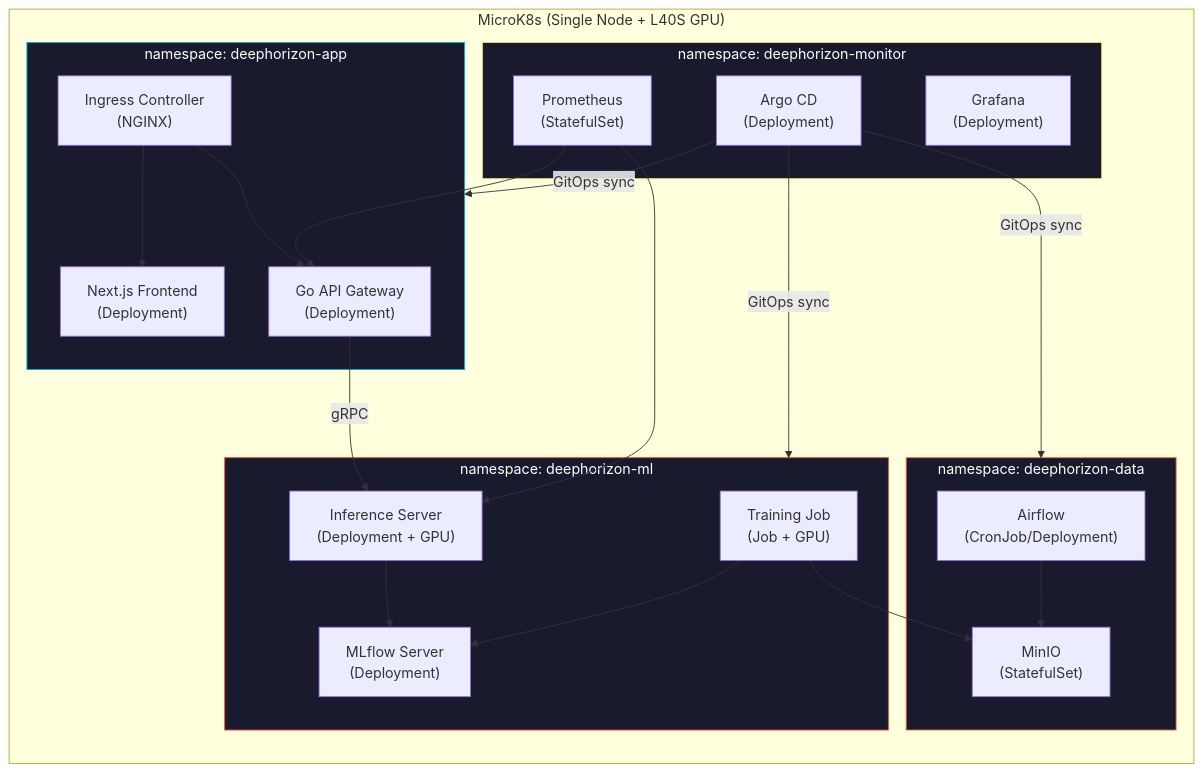
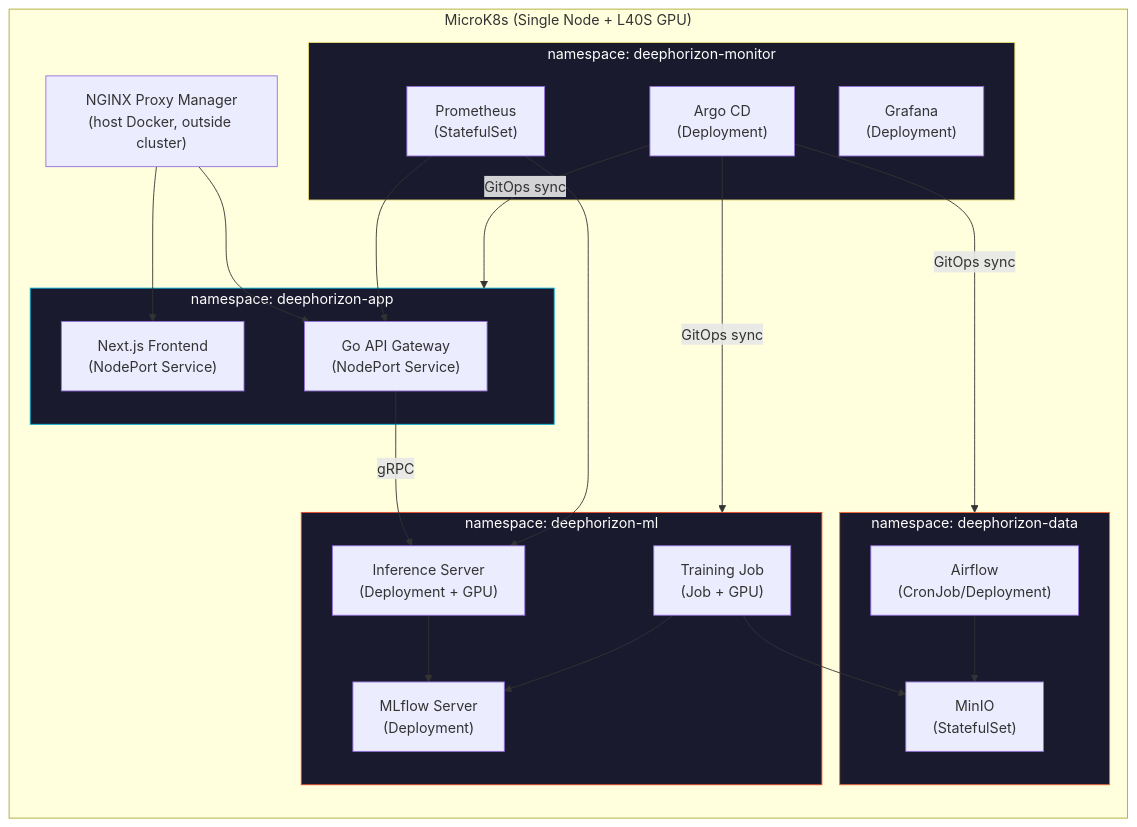
Before and after one commit to Octapull/deephorizon: the third of 3 diagrams in README.md, drawn with Mermaid. The commit also changed other lines of this file and 4 other files, not shown here.

First line of the commit message:
docs: drop cluster Ingress, use off-cluster NGINX Proxy Manager

````diff
--- a/README.md
+++ b/README.md
@@ -950,47 +952,48 @@
 ```mermaid
 graph TB
     subgraph MicroK8s Node ["MicroK8s (Single Node + L40S GPU)"]
         direction TB
 
         subgraph ns-data ["namespace: deephorizon-data"]
             airflow["Airflow\n(CronJob/Deployment)"]
             minio["MinIO\n(StatefulSet)"]
         end
 
         subgraph ns-ml ["namespace: deephorizon-ml"]
             train["Training Job\n(Job + GPU)"]
             mlflow["MLflow Server\n(Deployment)"]
             inference["Inference Server\n(Deployment + GPU)"]
         end
 
         subgraph ns-app ["namespace: deephorizon-app"]
-            api["Go API Gateway\n(Deployment)"]
-            frontend["Next.js Frontend\n(Deployment)"]
-            ingress["Ingress Controller\n(NGINX)"]
+            api["Go API Gateway\n(NodePort Service)"]
+            frontend["Next.js Frontend\n(NodePort Service)"]
         end
+
+        npm["NGINX Proxy Manager\n(host Docker, outside cluster)"]
 
         subgraph ns-monitor ["namespace: deephorizon-monitor"]
             prom["Prometheus\n(StatefulSet)"]
             grafana["Grafana\n(Deployment)"]
             argocd["Argo CD\n(Deployment)"]
         end
     end
 
-    ingress --> frontend
-    ingress --> api
+    npm --> frontend
+    npm --> api
     api -->|gRPC| inference
     inference --> mlflow
     train --> mlflow
     train --> minio
     airflow --> minio
     prom --> api
     prom --> inference
     argocd -->|GitOps sync| ns-data
     argocd -->|GitOps sync| ns-ml
     argocd -->|GitOps sync| ns-app
 
     style ns-data fill:#1a1a2e,stroke:#FF6B35,color:#fff
     style ns-ml fill:#1a1a2e,stroke:#EE4C2C,color:#fff
     style ns-app fill:#1a1a2e,stroke:#00ADD8,color:#fff
     style ns-monitor fill:#1a1a2e,stroke:#E6DB74,color:#fff
 ```
````
